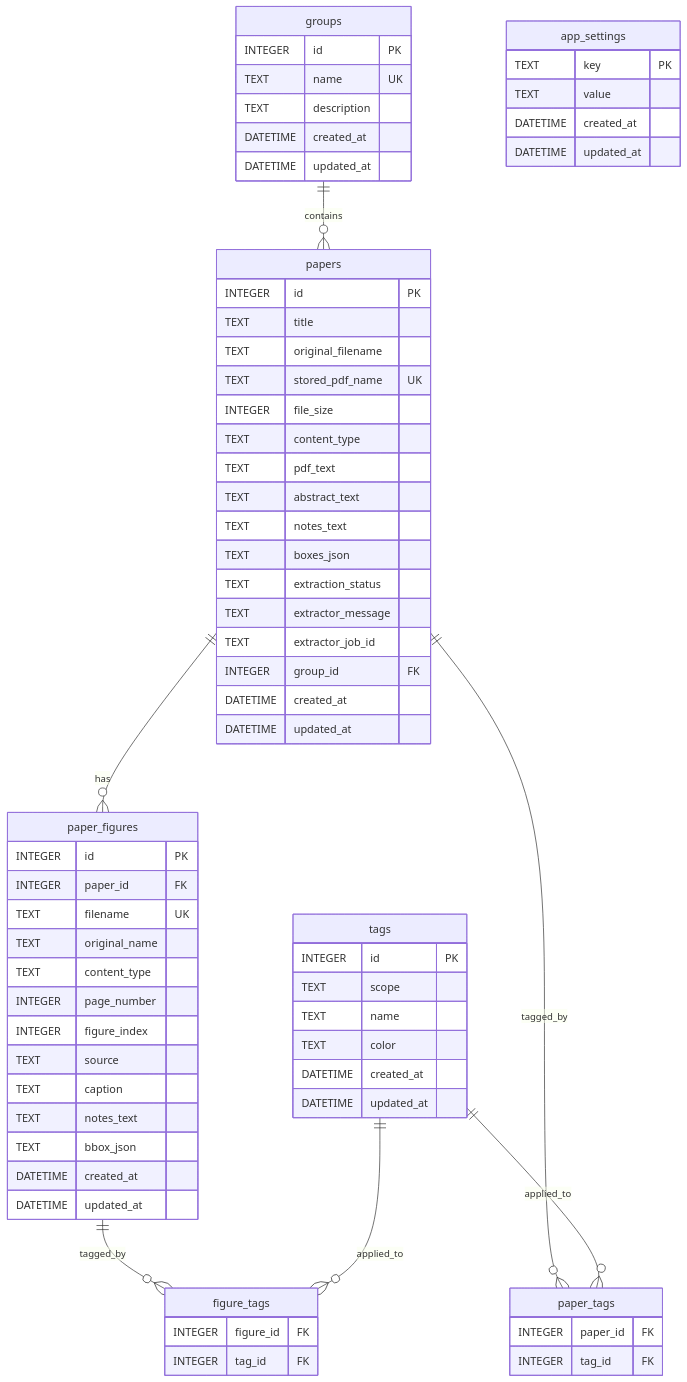
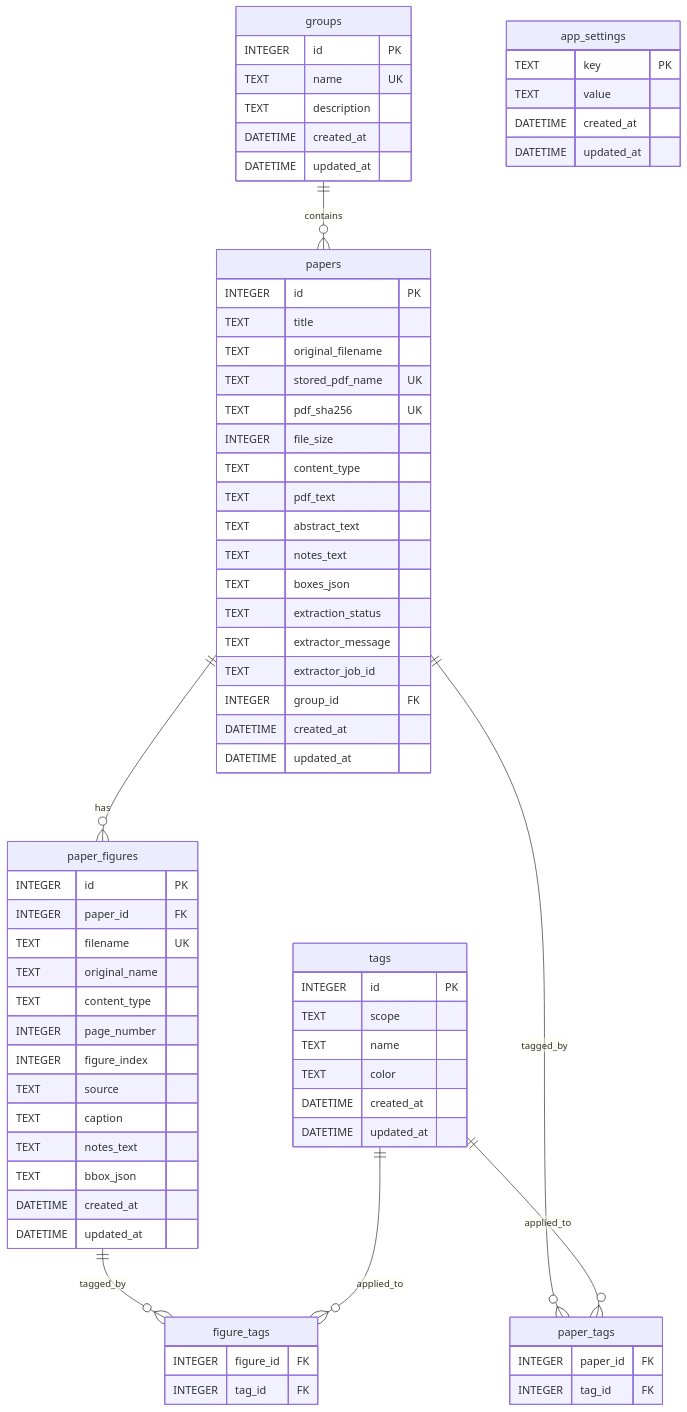
The diagram in docs/database.md (xuzhougeng/citebox), drawn with Mermaid before and after one commit. The commit also changed other lines of this file and 18 other files, not shown here.

````diff
--- a/docs/database.md
+++ b/docs/database.md
@@ -15,78 +15,79 @@
 ```mermaid
 erDiagram
     groups ||--o{ papers : contains
     papers ||--o{ paper_figures : has
     papers ||--o{ paper_tags : tagged_by
     tags ||--o{ paper_tags : applied_to
     paper_figures ||--o{ figure_tags : tagged_by
     tags ||--o{ figure_tags : applied_to
 
     groups {
         INTEGER id PK
         TEXT name UK
         TEXT description
         DATETIME created_at
         DATETIME updated_at
     }
 
     papers {
         INTEGER id PK
         TEXT title
         TEXT original_filename
         TEXT stored_pdf_name UK
+        TEXT pdf_sha256 UK
         INTEGER file_size
         TEXT content_type
         TEXT pdf_text
         TEXT abstract_text
         TEXT notes_text
         TEXT boxes_json
         TEXT extraction_status
         TEXT extractor_message
         TEXT extractor_job_id
         INTEGER group_id FK
         DATETIME created_at
         DATETIME updated_at
     }
 
     paper_figures {
         INTEGER id PK
         INTEGER paper_id FK
         TEXT filename UK
         TEXT original_name
         TEXT content_type
         INTEGER page_number
         INTEGER figure_index
         TEXT source
         TEXT caption
         TEXT notes_text
         TEXT bbox_json
         DATETIME created_at
         DATETIME updated_at
     }
 
     tags {
         INTEGER id PK
         TEXT scope
         TEXT name
         TEXT color
         DATETIME created_at
         DATETIME updated_at
     }
 
     paper_tags {
         INTEGER paper_id FK
         INTEGER tag_id FK
     }
 
     figure_tags {
         INTEGER figure_id FK
         INTEGER tag_id FK
     }
 
     app_settings {
         TEXT key PK
         TEXT value
         DATETIME created_at
         DATETIME updated_at
     }
 ```
````
